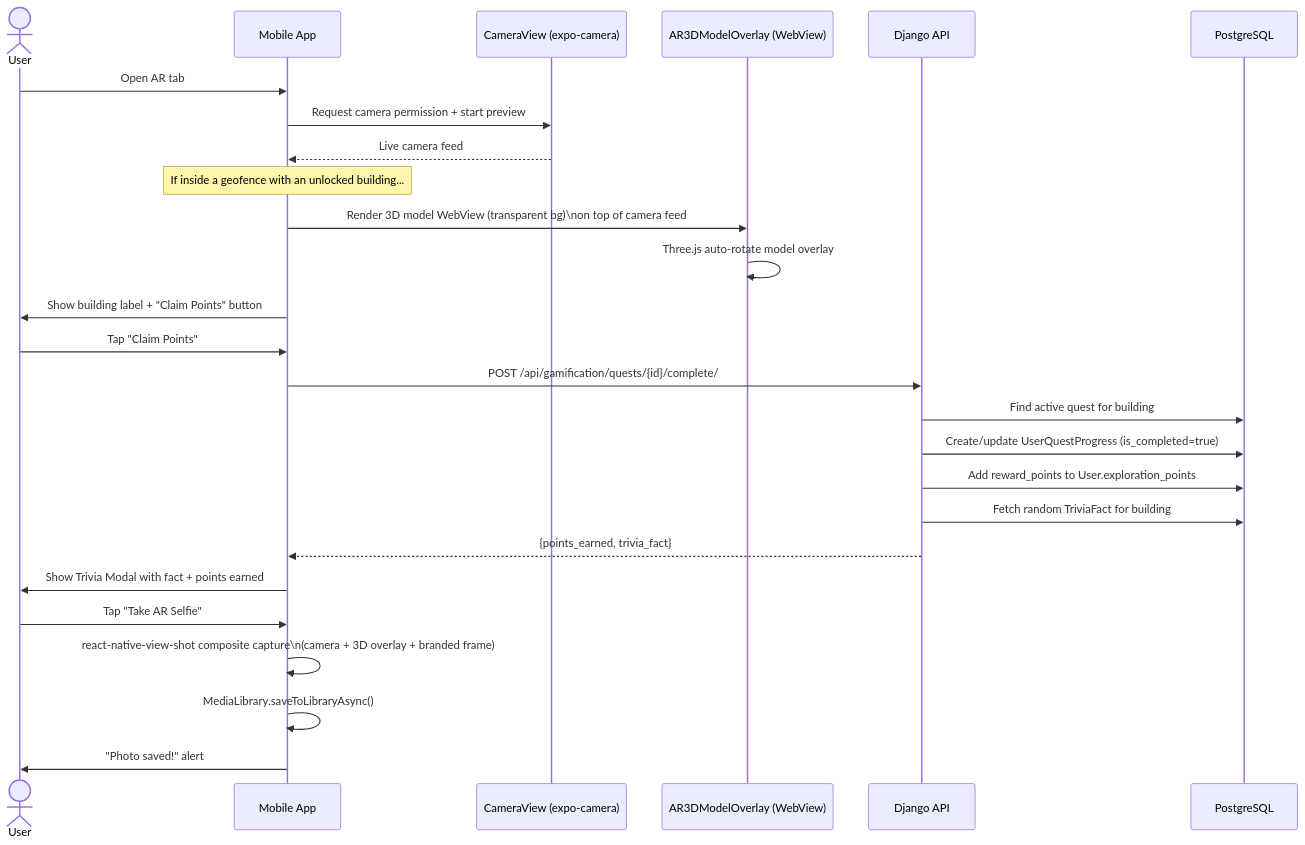
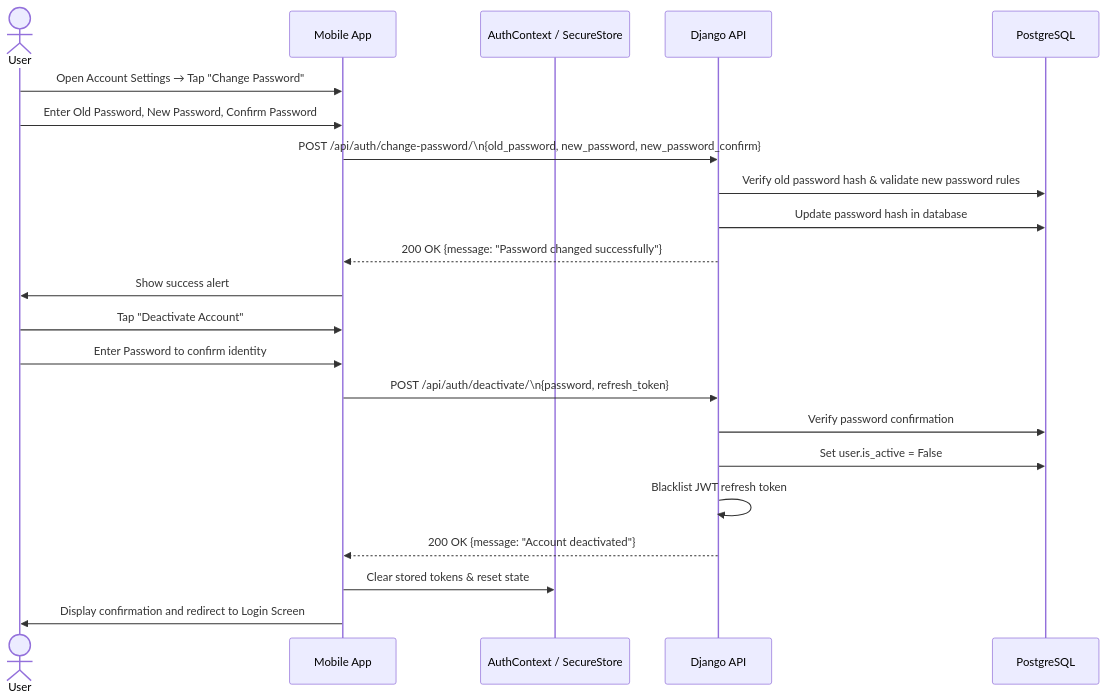
One commit to Cipher-Syntax/ARQuest changed the sixth of 8 diagrams in data-flow.md. Above: the diagram before and after it, drawn with Mermaid. The commit also changed other lines of this file and 10 other files, not shown here.

Commit message:
feat(web): redesign Admin Dashboard with real-time KPIs, foot traffic charts, and content coverage; synchronize all 9 system architecture docs

````diff
--- a/data-flow.md
+++ b/data-flow.md
@@ -222,32 +171,28 @@
 ```mermaid
 sequenceDiagram
     actor User
     participant App as Mobile App
-    participant Camera as CameraView (expo-camera)
-    participant Overlay as AR3DModelOverlay (WebView)
+    participant AuthContext as AuthContext / SecureStore
     participant API as Django API
     participant DB as PostgreSQL
 
-    User->>App: Open AR tab
-    App->>Camera: Request camera permission + start preview
-    Camera-->>App: Live camera feed
+    %% Password Change
+    User->>App: Open Account Settings → Tap "Change Password"
+    User->>App: Enter Old Password, New Password, Confirm Password
+    App->>API: POST /api/auth/change-password/\n{old_password, new_password, new_password_confirm}
+    API->>DB: Verify old password hash & validate new password rules
+    API->>DB: Update password hash in database
+    API-->>App: 200 OK {message: "Password changed successfully"}
+    App->>User: Show success alert
 
-    Note over App: If inside a geofence with an unlocked building...
-    App->>Overlay: Render 3D model WebView (transparent bg)\non top of camera feed
-    Overlay->>Overlay: Three.js auto-rotate model overlay
-    App->>User: Show building label + "Claim Points" button
-
-    User->>App: Tap "Claim Points"
-    App->>API: POST /api/gamification/quests/{id}/complete/
-    API->>DB: Find active quest for building
-    API->>DB: Create/update UserQuestProgress (is_completed=true)
-    API->>DB: Add reward_points to User.exploration_points
-    API->>DB: Fetch random TriviaFact for building
-    API-->>App: {points_earned, trivia_fact}
-    App->>User: Show Trivia Modal with fact + points earned
-
-    User->>App: Tap "Take AR Selfie"
-    App->>App: react-native-view-shot composite capture\n(camera + 3D overlay + branded frame)
-    App->>App: MediaLibrary.saveToLibraryAsync()
-    App->>User: "Photo saved!" alert
+    %% Account Deactivation
+    User->>App: Tap "Deactivate Account"
+    User->>App: Enter Password to confirm identity
+    App->>API: POST /api/auth/deactivate/\n{password, refresh_token}
+    API->>DB: Verify password confirmation
+    API->>DB: Set user.is_active = False
+    API->>API: Blacklist JWT refresh token
+    API-->>App: 200 OK {message: "Account deactivated"}
+    App->>AuthContext: Clear stored tokens & reset state
+    App->>User: Display confirmation and redirect to Login Screen
 ```
````
